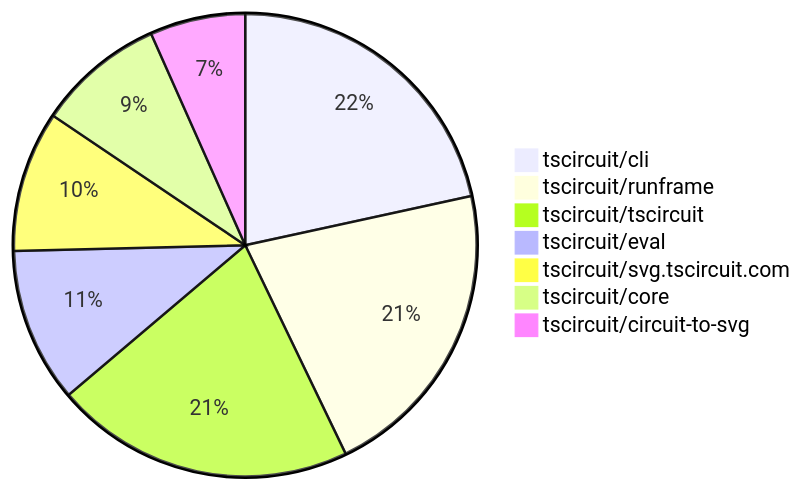
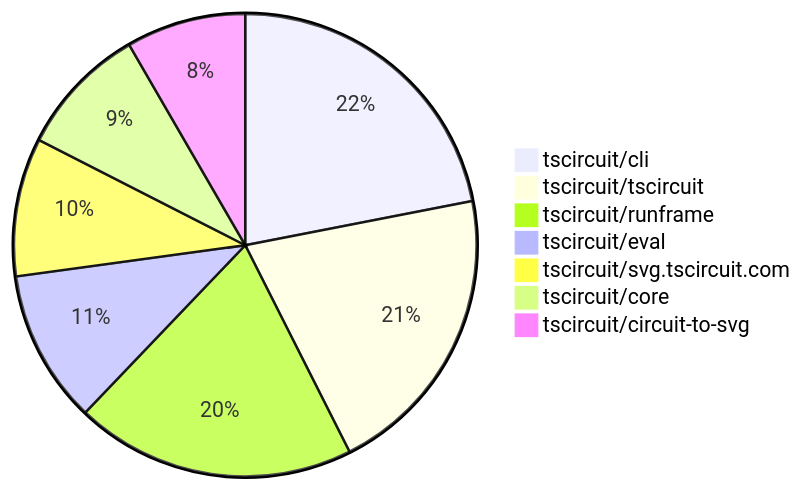
The second of 2 diagrams in README.md (tscircuit/contribution-tracker), drawn with Mermaid before and after one commit. The commit also changed other lines of this file and 3 other files, not shown here.

````diff
--- a/README.md
+++ b/README.md
@@ -114,10 +121,10 @@
 ```mermaid
 pie
-    "tscircuit/cli" : 68
-    "tscircuit/runframe" : 67
-    "tscircuit/tscircuit" : 66
-    "tscircuit/eval" : 34
-    "tscircuit/svg.tscircuit.com" : 31
-    "tscircuit/core" : 28
-    "tscircuit/circuit-to-svg" : 21
+    "tscircuit/cli" : 84
+    "tscircuit/tscircuit" : 79
+    "tscircuit/runframe" : 75
+    "tscircuit/eval" : 41
+    "tscircuit/svg.tscircuit.com" : 37
+    "tscircuit/core" : 35
+    "tscircuit/circuit-to-svg" : 32
 ```
````
